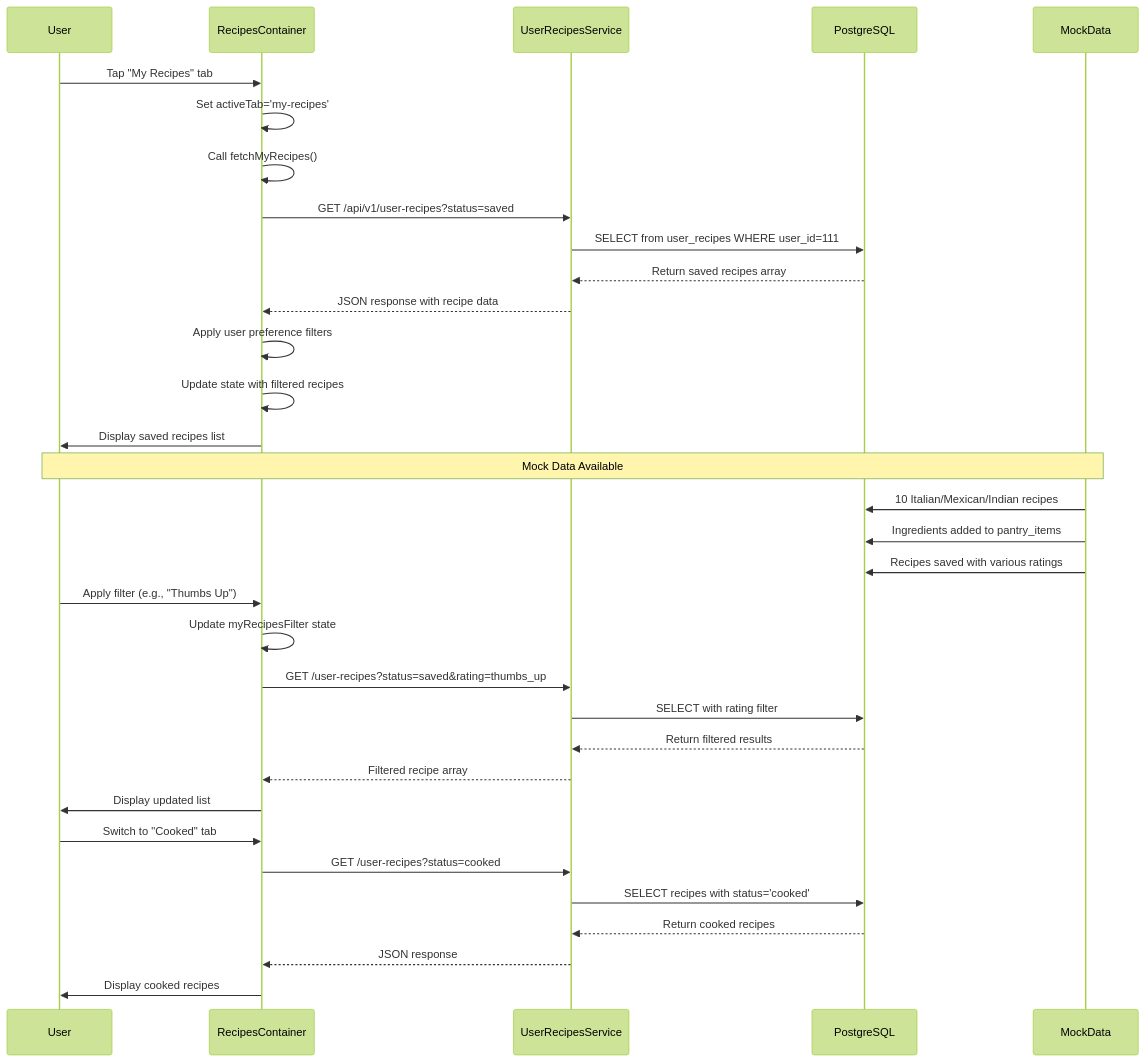
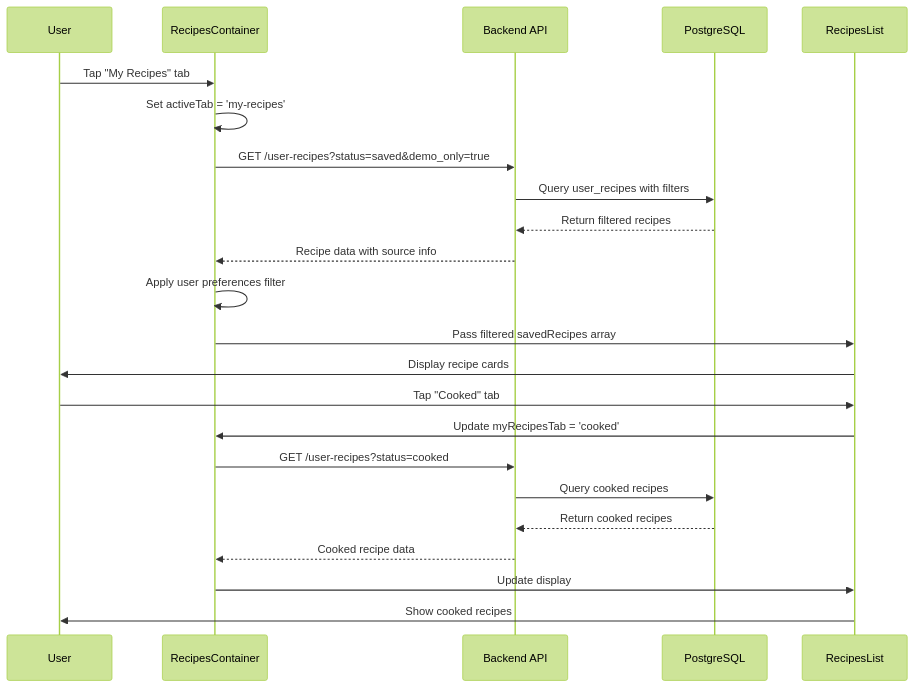
One commit to dankimjw/PrepSense changed the diagram in docs/flows/my-recipes-flow.md. Above: the diagram before and after it, drawn with Mermaid (forest theme). The commit also changed other lines of this file and 131 other files, not shown here.

````diff
--- a/docs/flows/my-recipes-flow.md
+++ b/docs/flows/my-recipes-flow.md
@@ -67,39 +60,27 @@
 ```mermaid
 sequenceDiagram
-    participant User
-    participant RecipesContainer
-    participant UserRecipesService
-    participant PostgreSQL
-    participant MockData
-
-    User->>RecipesContainer: Tap "My Recipes" tab
-    RecipesContainer->>RecipesContainer: Set activeTab='my-recipes'
-    RecipesContainer->>RecipesContainer: Call fetchMyRecipes()
-    RecipesContainer->>UserRecipesService: GET /api/v1/user-recipes?status=saved
-    UserRecipesService->>PostgreSQL: SELECT from user_recipes WHERE user_id=111
-    PostgreSQL-->>UserRecipesService: Return saved recipes array
-    UserRecipesService-->>RecipesContainer: JSON response with recipe data
-    RecipesContainer->>RecipesContainer: Apply user preference filters
-    RecipesContainer->>RecipesContainer: Update state with filtered recipes
-    RecipesContainer->>User: Display saved recipes list
-
-    Note over User,MockData: Mock Data Available
-    MockData->>PostgreSQL: 10 Italian/Mexican/Indian recipes
-    MockData->>PostgreSQL: Ingredients added to pantry_items
-    MockData->>PostgreSQL: Recipes saved with various ratings
-
-    User->>RecipesContainer: Apply filter (e.g., "Thumbs Up")
-    RecipesContainer->>RecipesContainer: Update myRecipesFilter state
-    RecipesContainer->>UserRecipesService: GET /user-recipes?status=saved&rating=thumbs_up
-    UserRecipesService->>PostgreSQL: SELECT with rating filter
-    PostgreSQL-->>UserRecipesService: Return filtered results
-    UserRecipesService-->>RecipesContainer: Filtered recipe array
-    RecipesContainer->>User: Display updated list
-
-    User->>RecipesContainer: Switch to "Cooked" tab
-    RecipesContainer->>UserRecipesService: GET /user-recipes?status=cooked
-    UserRecipesService->>PostgreSQL: SELECT recipes with status='cooked'
-    PostgreSQL-->>UserRecipesService: Return cooked recipes
-    UserRecipesService-->>RecipesContainer: JSON response
-    RecipesContainer->>User: Display cooked recipes
+    participant U as User
+    participant RC as RecipesContainer
+    participant API as Backend API
+    participant DB as PostgreSQL
+    participant RL as RecipesList
+    
+    U->>RC: Tap "My Recipes" tab
+    RC->>RC: Set activeTab = 'my-recipes'
+    RC->>API: GET /user-recipes?status=saved&demo_only=true
+    API->>DB: Query user_recipes with filters
+    DB-->>API: Return filtered recipes
+    API-->>RC: Recipe data with source info
+    RC->>RC: Apply user preferences filter
+    RC->>RL: Pass filtered savedRecipes array
+    RL->>U: Display recipe cards
+    
+    U->>RL: Tap "Cooked" tab
+    RL->>RC: Update myRecipesTab = 'cooked'
+    RC->>API: GET /user-recipes?status=cooked
+    API->>DB: Query cooked recipes
+    DB-->>API: Return cooked recipes
+    API-->>RC: Cooked recipe data
+    RC->>RL: Update display
+    RL->>U: Show cooked recipes
 ```
````
